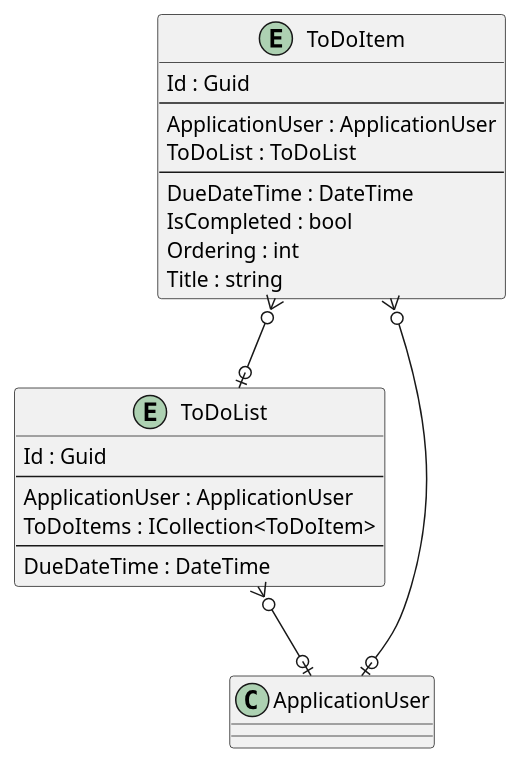
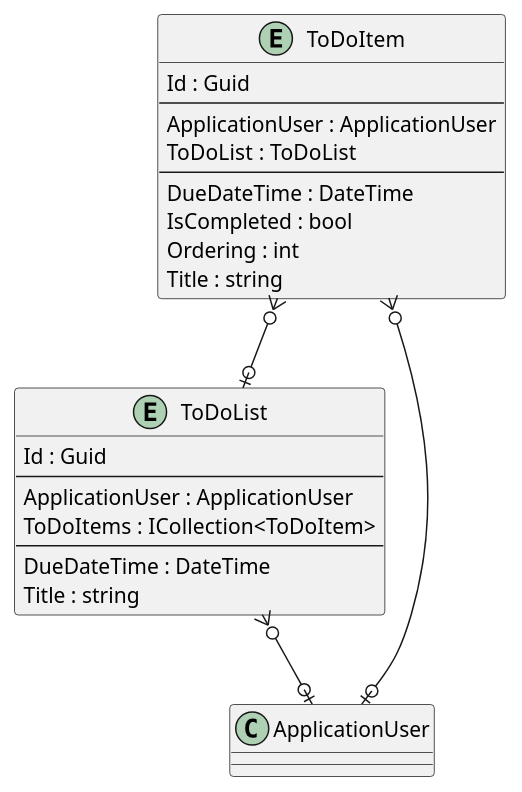
The diagram in .docs/Intrepion.ToDo.pu (intrepion/intrepion_to-do_web_blazor), drawn with PlantUML before and after one commit.

Commit message:
gawk -i inplace "{ gsub(/' ToDoListPropertyCodePlaceholder/, \"Title : string\n\ \ \ \ ' ToDoListPropertyCodePlaceholder\") }; { print }" .docs/Intrepion.ToDo.pu

```diff
--- a/.docs/Intrepion.ToDo.pu
+++ b/.docs/Intrepion.ToDo.pu
@@ -1,35 +1,36 @@
 @startuml
 
 entity ToDoItem {
     Id : Guid
     --
     ApplicationUser : ApplicationUser
     ToDoList : ToDoList
     ' ToDoItemKeyCodePlaceholder
     --
     DueDateTime : DateTime
     IsCompleted : bool
     Ordering : int
     Title : string
     ' ToDoItemPropertyCodePlaceholder
 }
 
 entity ToDoList {
     Id : Guid
     --
     ApplicationUser : ApplicationUser
     ToDoItems : ICollection<ToDoItem>
     ' ToDoListKeyCodePlaceholder
     --
     DueDateTime : DateTime
+    Title : string
     ' ToDoListPropertyCodePlaceholder
 }
 
 ' EntityCodePlaceholder
 
 ToDoItem }o--o| ApplicationUser
 ToDoItem }o--o| ToDoList
 ToDoList }o--o| ApplicationUser
 ' RelationshipCodePlaceholder
 
 @enduml
```
